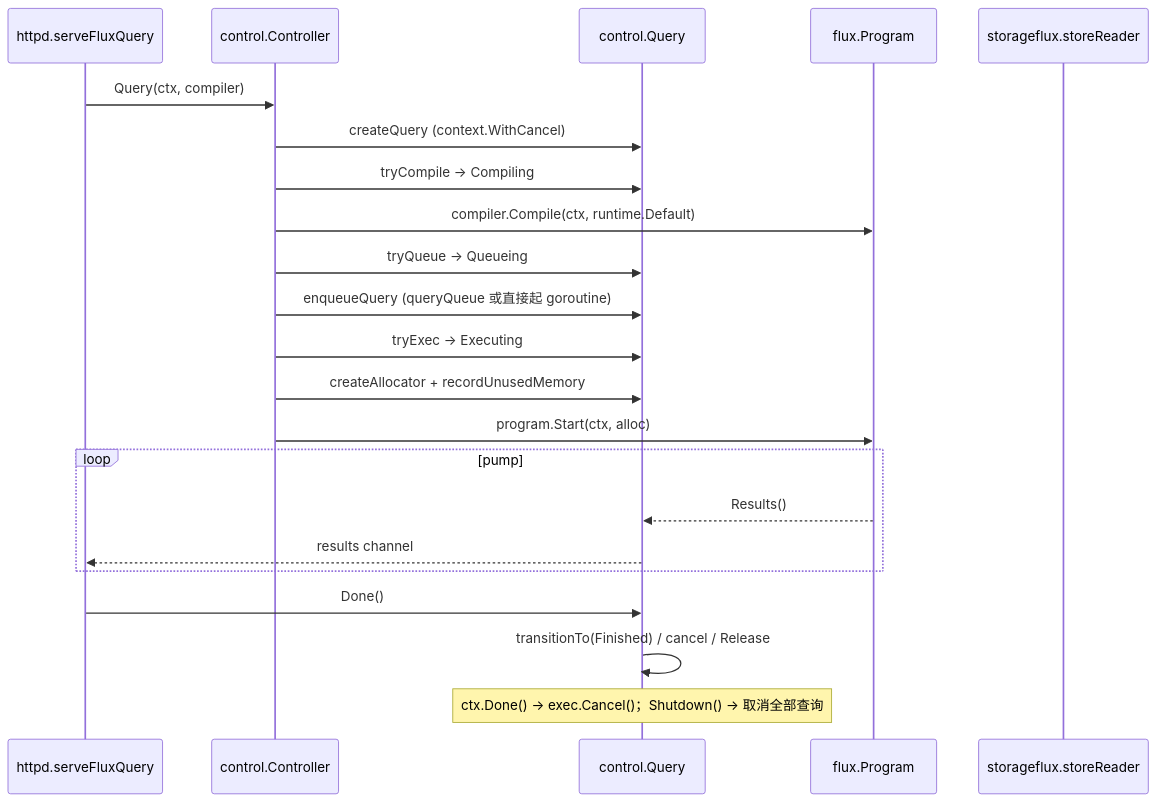
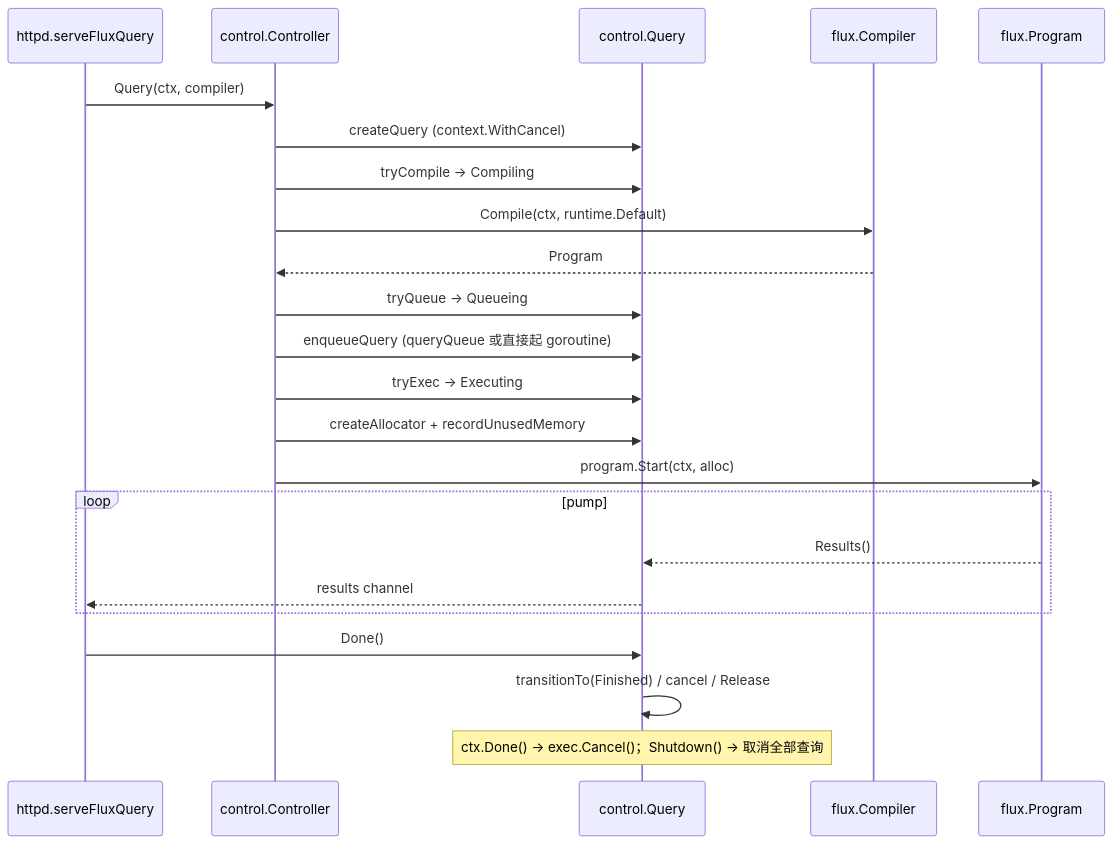
The second of 3 diagrams in docs/specs/v1.8.10-vs-v1.12.3/03_query_engine_diff.md (stefanv5/influxdb), drawn with Mermaid before and after one commit. The commit also changed other lines of this file and 7 other files, not shown here.

First line of the commit message:
docs: fix code snippets and flows in the version-diff study

````diff
--- a/docs/specs/v1.8.10-vs-v1.12.3/03_query_engine_diff.md
+++ b/docs/specs/v1.8.10-vs-v1.12.3/03_query_engine_diff.md
@@ -134,25 +134,26 @@
 ```mermaid
 sequenceDiagram
     participant H as httpd.serveFluxQuery
     participant C as control.Controller
     participant Q as control.Query
+    participant K as flux.Compiler
     participant P as flux.Program
-    participant S as storageflux.storeReader
 
     H->>C: Query(ctx, compiler)
     C->>Q: createQuery (context.WithCancel)
     C->>Q: tryCompile → Compiling
-    C->>P: compiler.Compile(ctx, runtime.Default)
+    C->>K: Compile(ctx, runtime.Default)
+    K-->>C: Program
     C->>Q: tryQueue → Queueing
     C->>Q: enqueueQuery (queryQueue 或直接起 goroutine)
     C->>Q: tryExec → Executing
     C->>Q: createAllocator + recordUnusedMemory
     C->>P: program.Start(ctx, alloc)
     loop pump
         P-->>Q: Results()
         Q-->>H: results channel
     end
     H->>Q: Done()
     Q->>Q: transitionTo(Finished) / cancel / Release
     Note over Q: ctx.Done() → exec.Cancel()；Shutdown() → 取消全部查询
 ```
````
